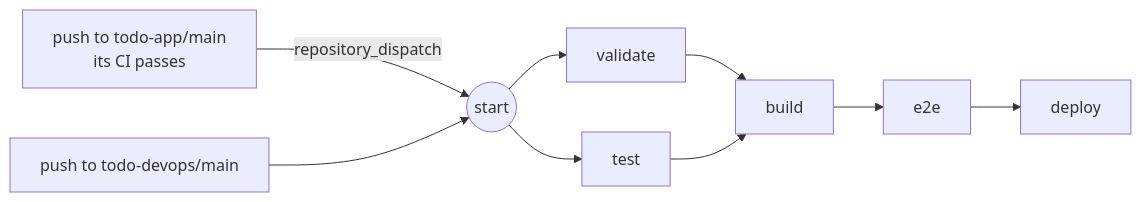
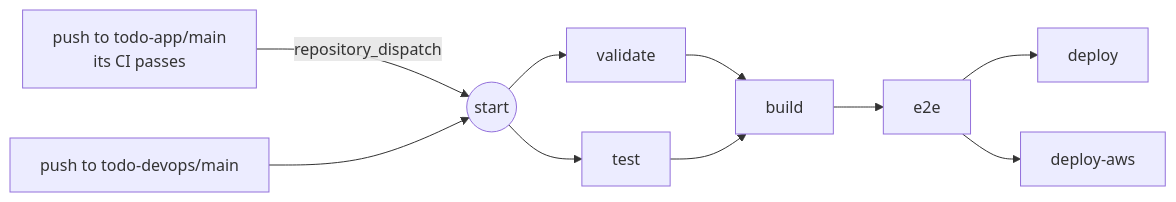
One commit to tehtipsy/todo-devops changed the second of 2 diagrams in README.md. Above: the diagram before and after it, drawn with Mermaid. The commit also changed other lines of this file and 1 other file, not shown here.

First line of the commit message:
docs: document the AWS deployment

````diff
--- a/README.md
+++ b/README.md
@@ -213,9 +237,9 @@
 ```mermaid
 flowchart LR
     app[push to todo-app/main<br/>its CI passes] -- repository_dispatch --> p
     devops[push to todo-devops/main] --> p
     p((start)) --> validate & test
     validate --> build
     test --> build
-    build --> e2e --> deploy
+    build --> e2e --> deploy & deploy-aws
 ```
````
